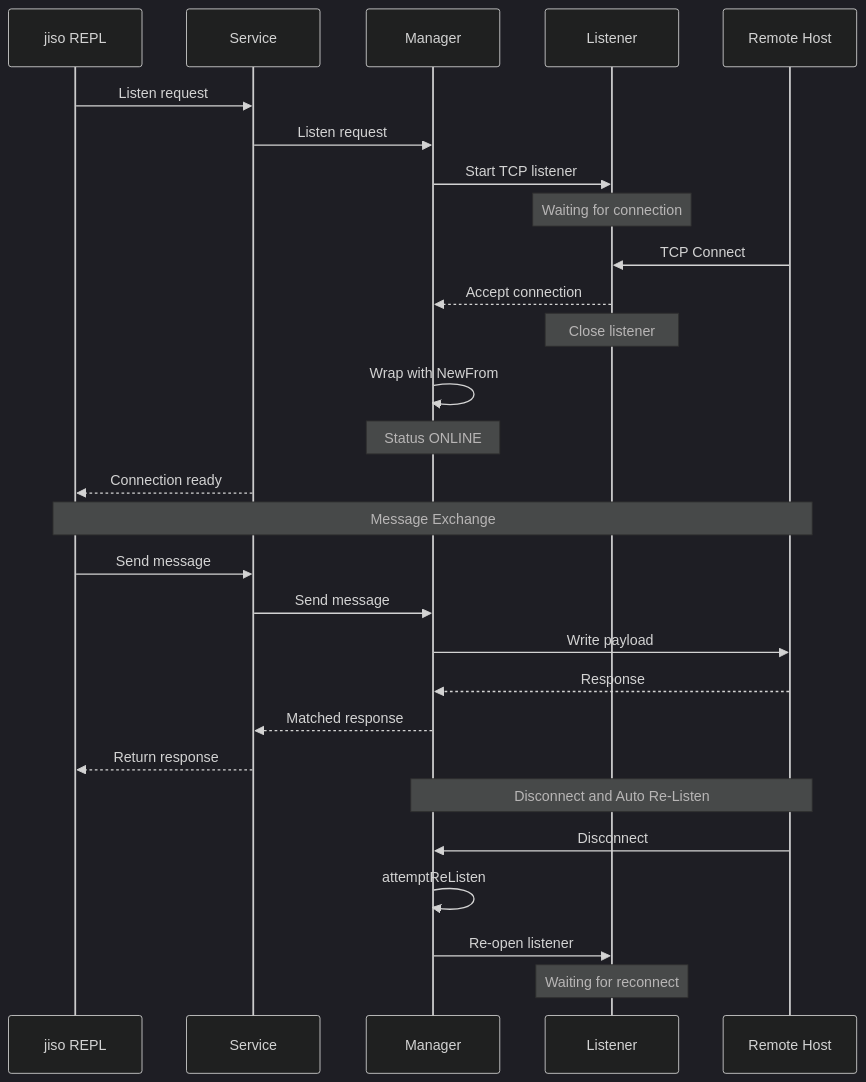
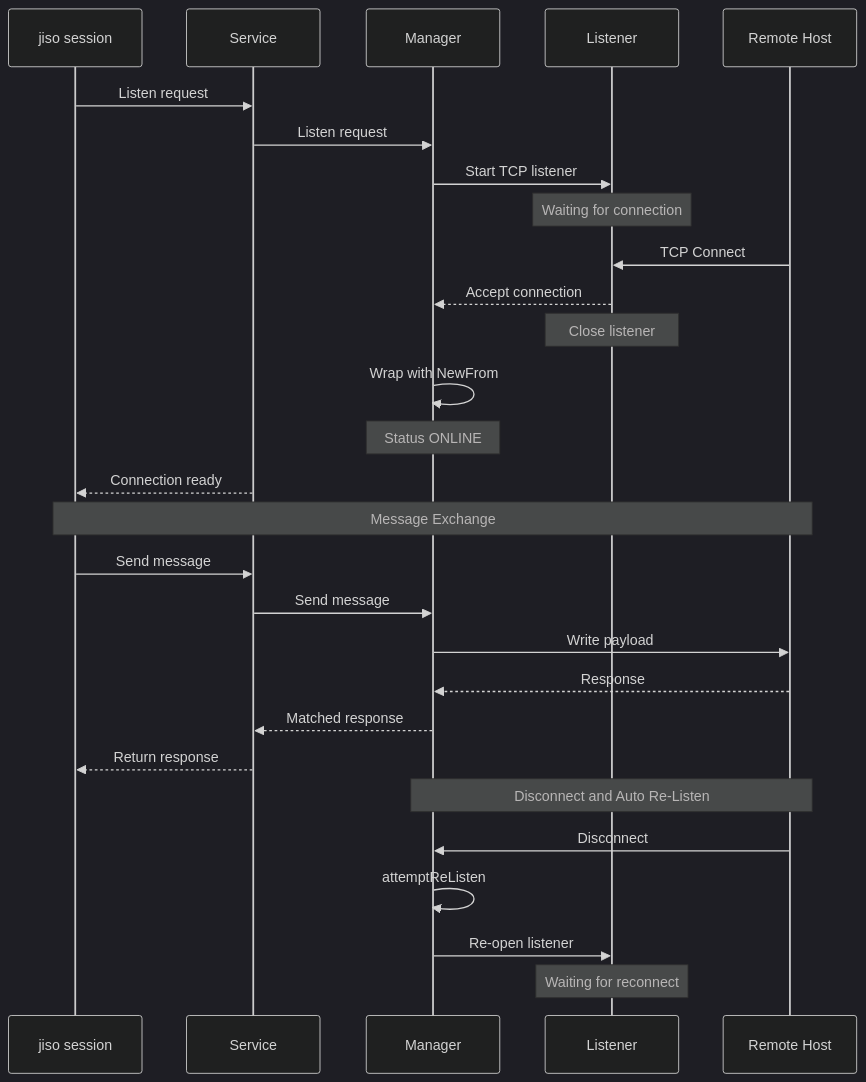
The diagram in docs/listener-mode.md (Andrei-cloud/jiso), drawn with Mermaid (dark theme) before and after one commit. The commit also changed other lines of this file and 858 other files, not shown here.

````diff
--- a/docs/listener-mode.md
+++ b/docs/listener-mode.md
@@ -30,33 +30,33 @@
 ```mermaid
 sequenceDiagram
-    participant REPL as jiso REPL
+    participant Session as jiso session
     participant Svc as Service
     participant Mgr as Manager
     participant Listener
     participant Remote as Remote Host
 
-    REPL->>Svc: Listen request
+    Session->>Svc: Listen request
     Svc->>Mgr: Listen request
     Mgr->>Listener: Start TCP listener
     Note over Listener: Waiting for connection
     Remote->>Listener: TCP Connect
     Listener-->>Mgr: Accept connection
     Note over Listener: Close listener
     Mgr->>Mgr: Wrap with NewFrom
     Note over Mgr: Status ONLINE
-    Svc-->>REPL: Connection ready
+    Svc-->>Session: Connection ready
 
-    Note over REPL,Remote: Message Exchange
-    REPL->>Svc: Send message
+    Note over Session,Remote: Message Exchange
+    Session->>Svc: Send message
     Svc->>Mgr: Send message
     Mgr->>Remote: Write payload
     Remote-->>Mgr: Response
     Mgr-->>Svc: Matched response
-    Svc-->>REPL: Return response
+    Svc-->>Session: Return response
 
     Note over Remote,Mgr: Disconnect and Auto Re-Listen
     Remote->>Mgr: Disconnect
     Mgr->>Mgr: attemptReListen
     Mgr->>Listener: Re-open listener
     Note over Listener: Waiting for reconnect
 ```
````
